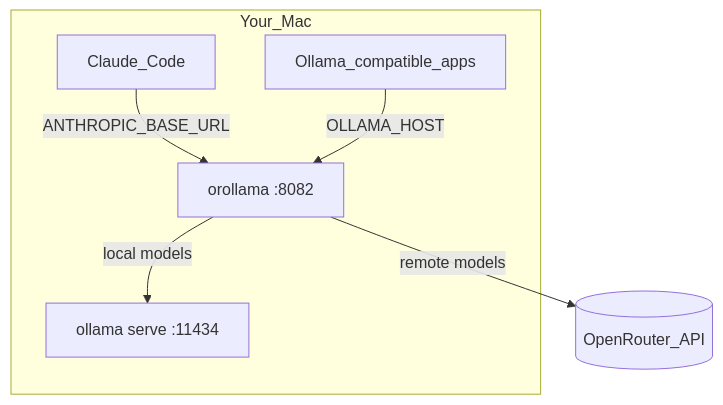
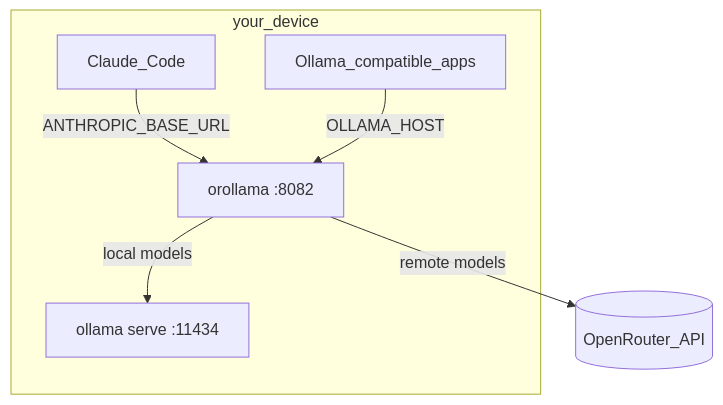
Before and after one commit to itzreqle/openrouter-ollama-proxy: the second of 5 diagrams in README.md, drawn with Mermaid.

Commit message:
docs: rename ports diagram label to your_device

````diff
--- a/README.md
+++ b/README.md
@@ -45,15 +45,15 @@
 ```mermaid
 flowchart TB
-  subgraph mac [Your_Mac]
+  subgraph device [your_device]
     CC[Claude_Code]
     Apps[Ollama_compatible_apps]
     Proxy["orollama :8082"]
     Real["ollama serve :11434"]
   end
   OR[(OpenRouter_API)]
 
   CC -->|ANTHROPIC_BASE_URL| Proxy
   Apps -->|OLLAMA_HOST| Proxy
   Proxy -->|local models| Real
   Proxy -->|remote models| OR
 ```
````
